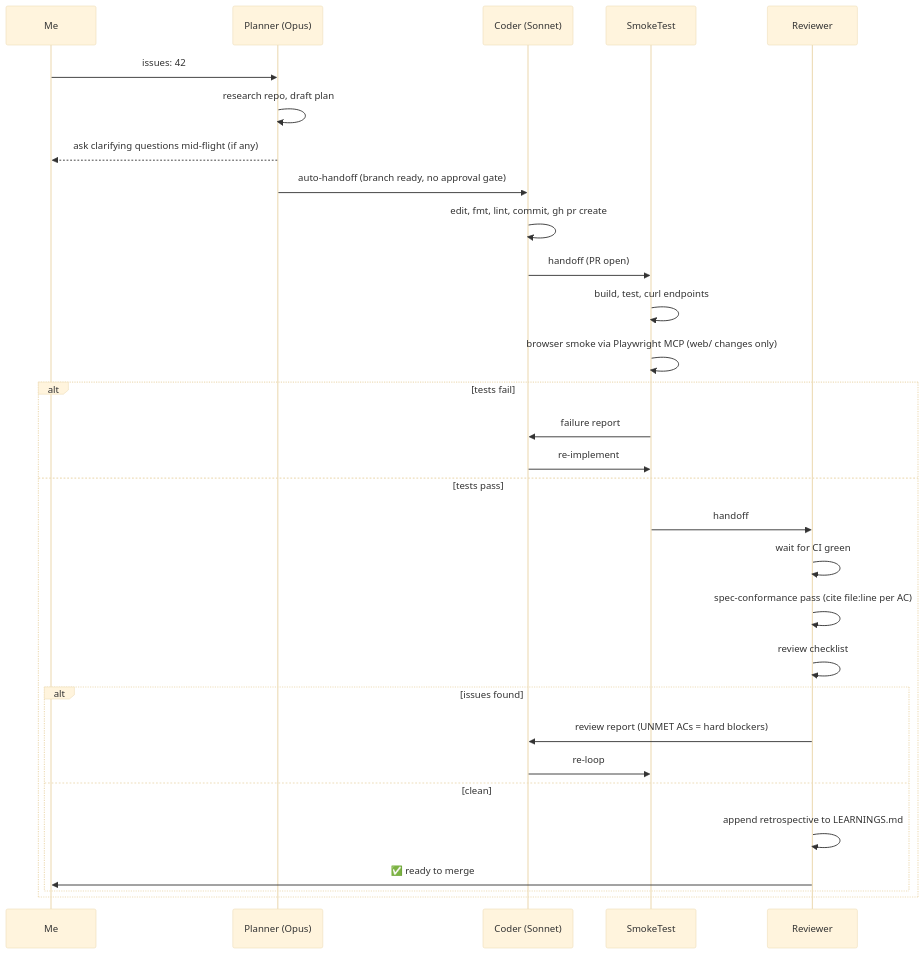
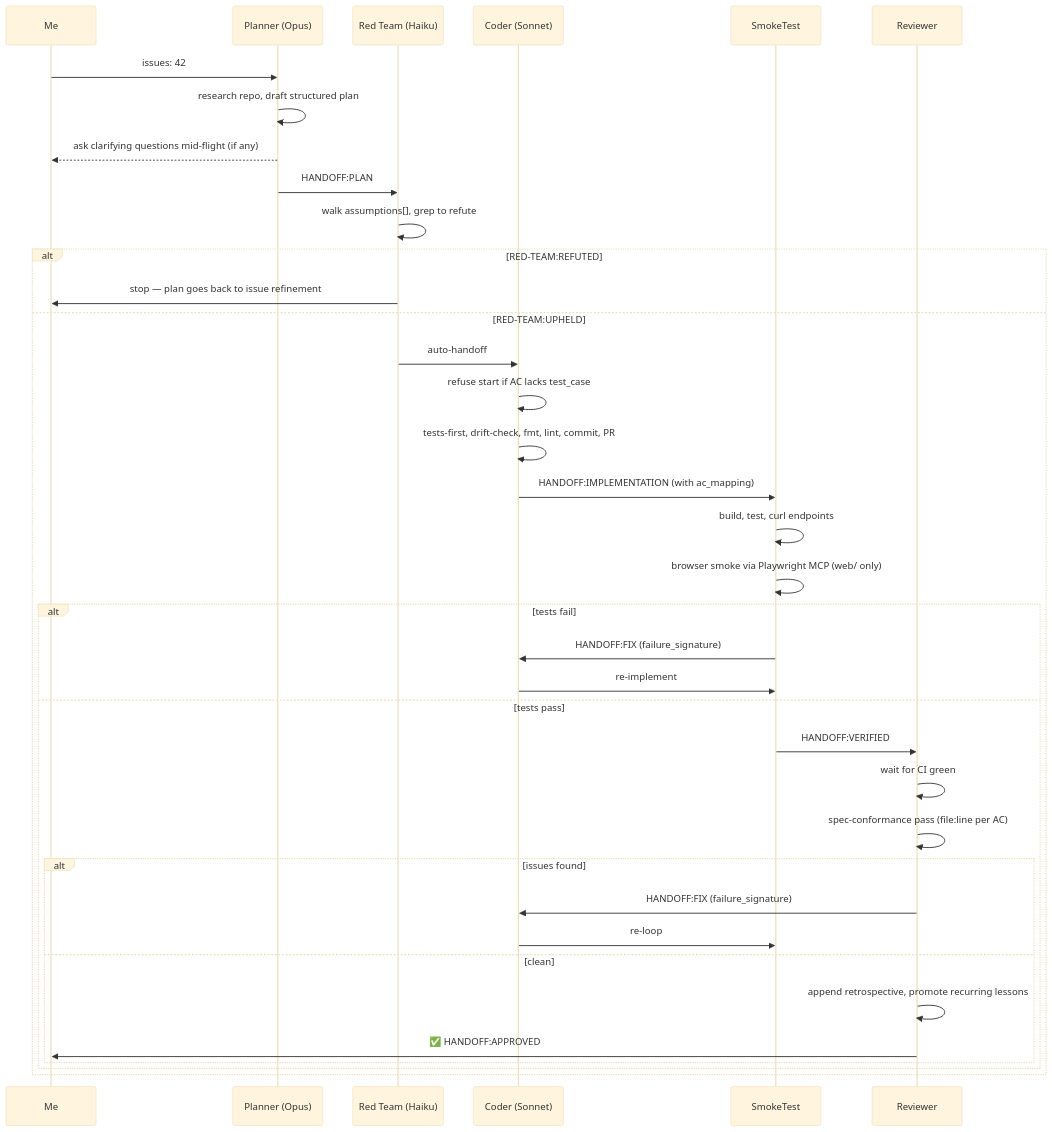
One commit to crzptn/bastion changed the second of 2 diagrams in README.md. Above: the diagram before and after it, drawn with Mermaid (base theme). The commit also changed other lines of this file and 21 other files, not shown here.

First line of the commit message:
feat(pipeline): typed handoffs, red-team, circuit breaker, observability

````diff
--- a/README.md
+++ b/README.md
@@ -82,33 +105,40 @@
 ```mermaid
 sequenceDiagram
     participant Me
     participant P as Planner (Opus)
+    participant RT as Red Team (Haiku)
     participant C as Coder (Sonnet)
     participant S as SmokeTest
     participant R as Reviewer
 
     Me->>P: issues: 42
-    P->>P: research repo, draft plan
+    P->>P: research repo, draft structured plan
     P-->>Me: ask clarifying questions mid-flight (if any)
-    P->>C: auto-handoff (branch ready, no approval gate)
-    C->>C: edit, fmt, lint, commit, gh pr create
-    C->>S: handoff (PR open)
-    S->>S: build, test, curl endpoints
-    S->>S: browser smoke via Playwright MCP (web/ changes only)
-    alt tests fail
-        S->>C: failure report
-        C->>S: re-implement
-    else tests pass
-        S->>R: handoff
-        R->>R: wait for CI green
-        R->>R: spec-conformance pass (cite file:line per AC)
-        R->>R: review checklist
-        alt issues found
-            R->>C: review report (UNMET ACs = hard blockers)
-            C->>S: re-loop
-        else clean
-            R->>R: append retrospective to LEARNINGS.md
-            R->>Me: ✅ ready to merge
+    P->>RT: HANDOFF:PLAN
+    RT->>RT: walk assumptions[], grep to refute
+    alt RED-TEAM:REFUTED
+        RT->>Me: stop — plan goes back to issue refinement
+    else RED-TEAM:UPHELD
+        RT->>C: auto-handoff
+        C->>C: refuse start if AC lacks test_case
+        C->>C: tests-first, drift-check, fmt, lint, commit, PR
+        C->>S: HANDOFF:IMPLEMENTATION (with ac_mapping)
+        S->>S: build, test, curl endpoints
+        S->>S: browser smoke via Playwright MCP (web/ only)
+        alt tests fail
+            S->>C: HANDOFF:FIX (failure_signature)
+            C->>S: re-implement
+        else tests pass
+            S->>R: HANDOFF:VERIFIED
+            R->>R: wait for CI green
+            R->>R: spec-conformance pass (file:line per AC)
+            alt issues found
+                R->>C: HANDOFF:FIX (failure_signature)
+                C->>S: re-loop
+            else clean
+                R->>R: append retrospective, promote recurring lessons
+                R->>Me: ✅ HANDOFF:APPROVED
+            end
         end
     end
 ```
````
